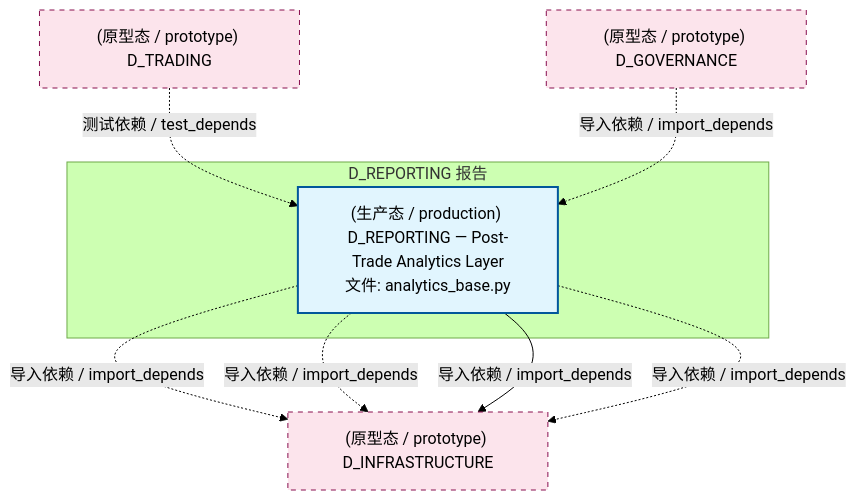
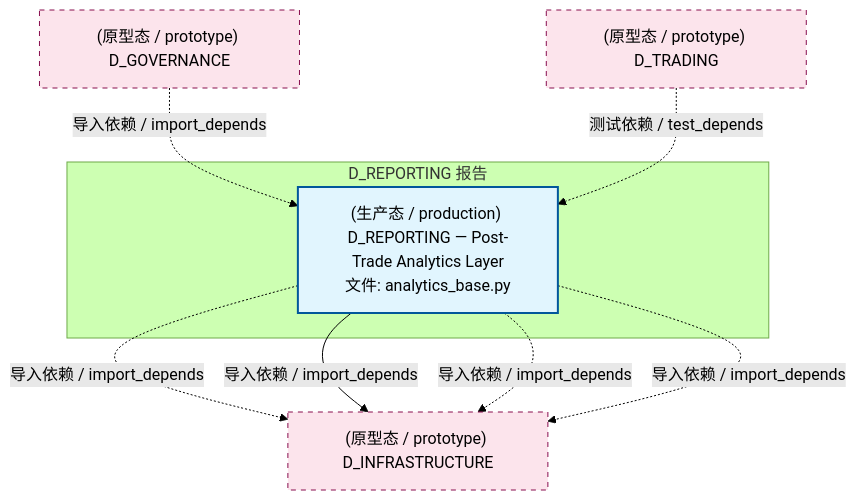
The second of 4 diagrams in docs/02_enterprise_architecture/02_domain_architecture_docs/23_d_reporting.md (xuanFelixVan/ZephyrAlpha), drawn with Mermaid (forest theme) before and after one commit. The commit also changed other lines of this file and 125 other files, not shown here.

````diff
--- a/docs/02_enterprise_architecture/02_domain_architecture_docs/23_d_reporting.md
+++ b/docs/02_enterprise_architecture/02_domain_architecture_docs/23_d_reporting.md
@@ -121,21 +121,21 @@
 ```mermaid
 graph TD
     subgraph D_REPORTING["D_REPORTING 报告"]
         src_zephyr_reporting_analytics_base_py["(生产态 / production) D_REPORTING — Post-Trade Analytics Layer<br/>文件: analytics_base.py"]
     end
     D_INFRASTRUCTURE["(原型态 / prototype) D_INFRASTRUCTURE"]
     src_zephyr_reporting_analytics_base_py -.->|导入依赖 / import_depends| D_INFRASTRUCTURE
-    src_zephyr_reporting_analytics_base_py -.->|导入依赖 / import_depends| D_INFRASTRUCTURE
     src_zephyr_reporting_analytics_base_py -->|导入依赖 / import_depends| D_INFRASTRUCTURE
     src_zephyr_reporting_analytics_base_py -.->|导入依赖 / import_depends| D_INFRASTRUCTURE
+    src_zephyr_reporting_analytics_base_py -.->|导入依赖 / import_depends| D_INFRASTRUCTURE
+    D_GOVERNANCE["(原型态 / prototype) D_GOVERNANCE"]
+    D_GOVERNANCE -.->|导入依赖 / import_depends| src_zephyr_reporting_analytics_base_py
     D_TRADING["(原型态 / prototype) D_TRADING"]
     D_TRADING -.->|测试依赖 / test_depends| src_zephyr_reporting_analytics_base_py
-    D_GOVERNANCE["(原型态 / prototype) D_GOVERNANCE"]
-    D_GOVERNANCE -.->|导入依赖 / import_depends| src_zephyr_reporting_analytics_base_py
     classDef production fill:#e1f5fe,stroke:#01579b,stroke-width:2px,color:#000
     classDef design fill:#fff3e0,stroke:#e65100,stroke-width:2px,color:#000,stroke-dasharray: 5 5
     classDef external_prod fill:#e8f5e9,stroke:#1b5e20,stroke-width:1px,color:#000
     classDef external_design fill:#fce4ec,stroke:#880e4f,stroke-width:1px,color:#000,stroke-dasharray: 5 5
     class src_zephyr_reporting_analytics_base_py production
-    class D_INFRASTRUCTURE,D_TRADING,D_GOVERNANCE external_design
+    class D_INFRASTRUCTURE,D_GOVERNANCE,D_TRADING external_design
 ```
````
